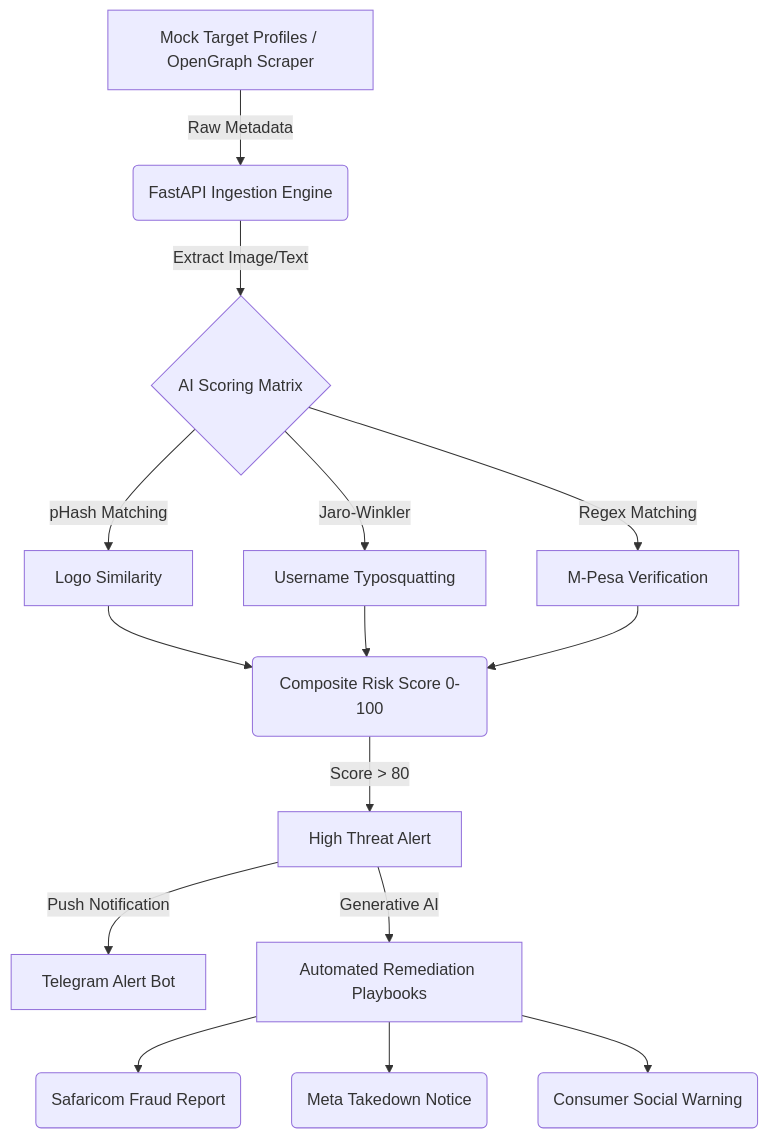
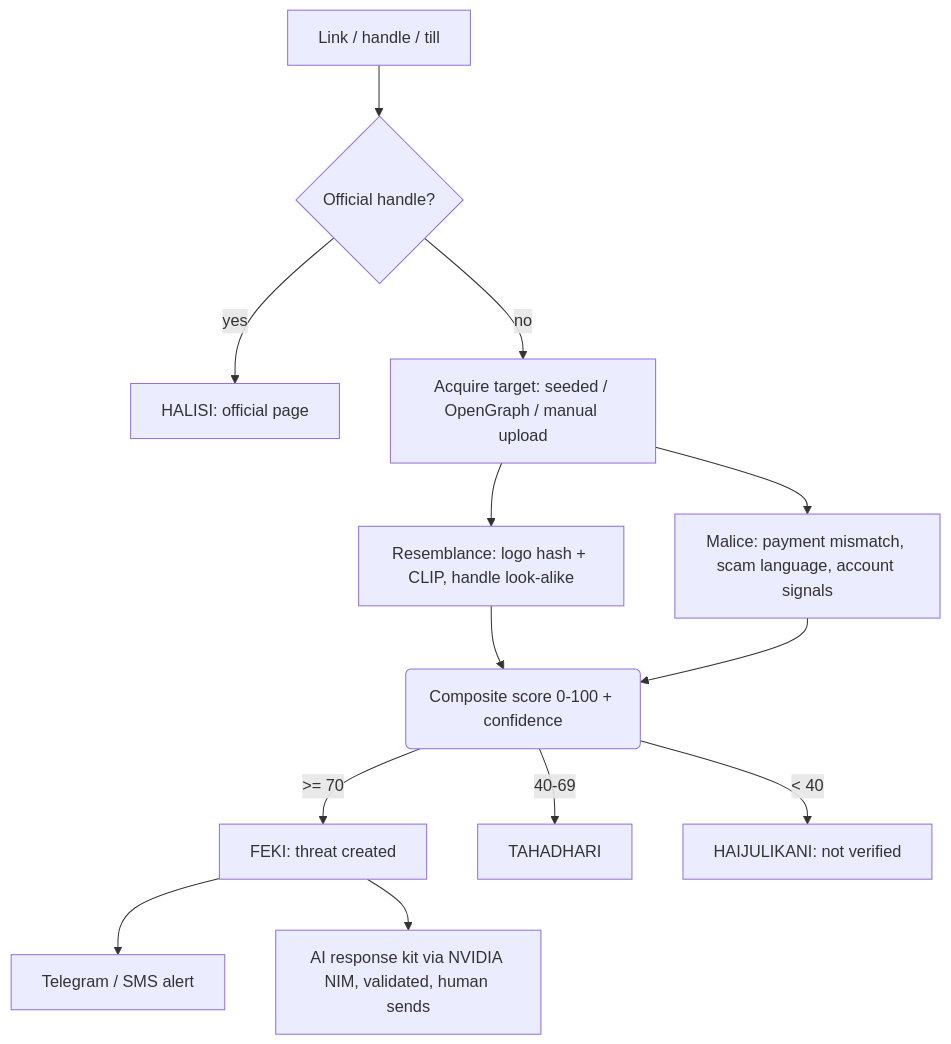
One commit to sigangandegwa/HalisiApp changed the diagram in README.md. Above: the diagram before and after it, drawn with Mermaid. The commit also changed other lines of this file and 22 other files, not shown here.

First line of the commit message:
Architecture review: 3-person plan, agent guides, schema v2, repo hygiene

````diff
--- a/README.md
+++ b/README.md
@@ -41,22 +46,15 @@
 ```mermaid
 graph TD
-    A[Mock Target Profiles / OpenGraph Scraper] -->|Raw Metadata| B(FastAPI Ingestion Engine)
-    B -->|Extract Image/Text| C{AI Scoring Matrix}
-    
-    C -->|pHash Matching| D[Logo Similarity]
-    C -->|Jaro-Winkler| E[Username Typosquatting]
-    C -->|Regex Matching| F[M-Pesa Verification]
-    
-    D --> G(Composite Risk Score 0-100)
-    E --> G
-    F --> G
-    
-    G -->|Score > 80| H[High Threat Alert]
-    
-    H -->|Push Notification| I[Telegram Alert Bot]
-    H -->|Generative AI| J[Automated Remediation Playbooks]
-    
-    J --> K(Safaricom Fraud Report)
-    J --> L(Meta Takedown Notice)
-    J --> M(Consumer Social Warning)
+    A[Link / handle / till] --> B{Official handle?}
+    B -- yes --> V[HALISI: official page]
+    B -- no --> C[Acquire target: seeded / OpenGraph / manual upload]
+    C --> D[Resemblance: logo hash + CLIP, handle look-alike]
+    C --> E[Malice: payment mismatch, scam language, account signals]
+    D --> F(Composite score 0-100 + confidence)
+    E --> F
+    F -->|>= 70| G[FEKI: threat created]
+    F -->|40-69| H[TAHADHARI]
+    F -->|< 40| I[HAIJULIKANI: not verified]
+    G --> J[Telegram / SMS alert]
+    G --> K[AI response kit via NVIDIA NIM, validated, human sends]
 ```
````
